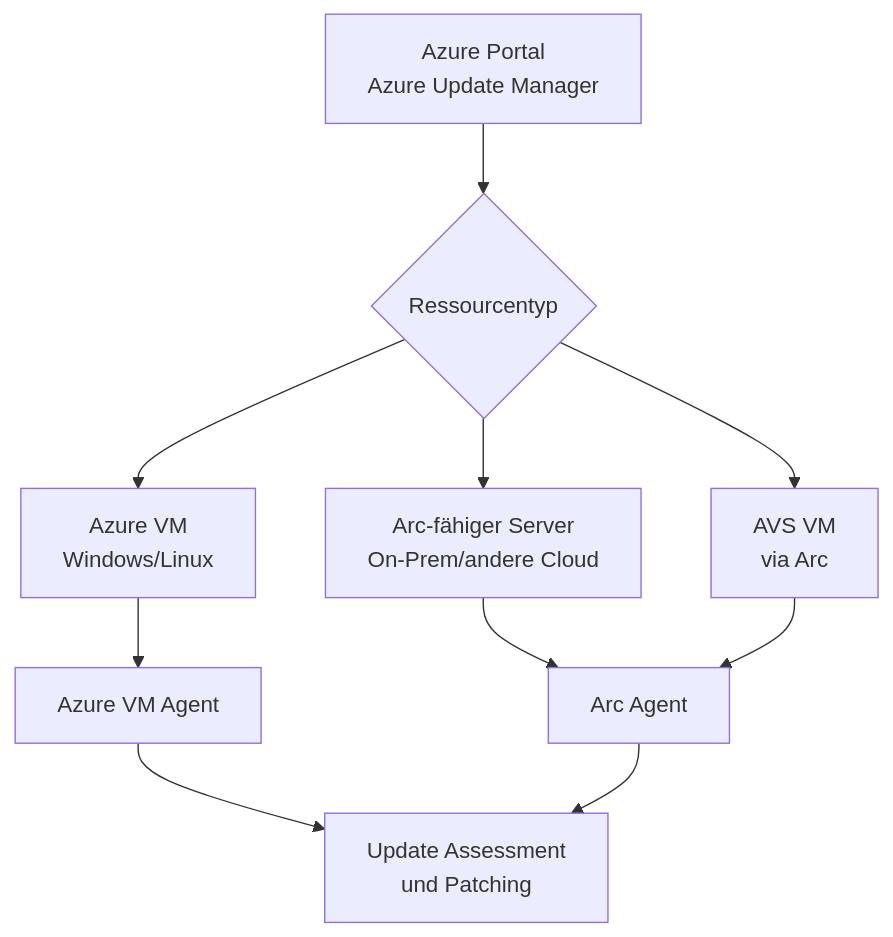
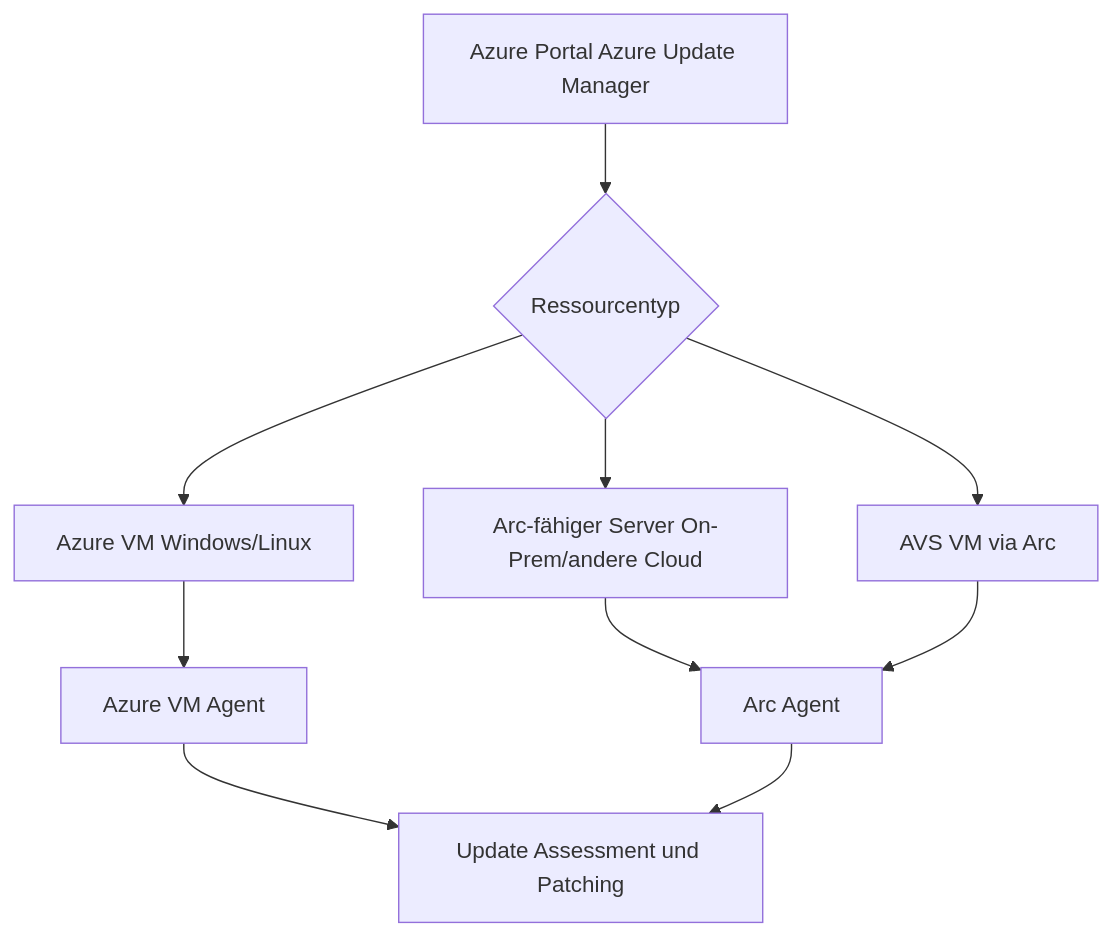
Before and after one commit to SoniiiT/notes-n-docs: the first of 4 diagrams in Microsoft 365/Azure/Monitor und Management/Azure Update Manager.md, drawn with Mermaid. The commit also changed other lines of this file and 124 other files, not shown here.

First line of the commit message:
fix: Entferne \n aus allen Mermaid-Diagrammen (125 Dateien)

````diff
--- a/Microsoft 365/Azure/Monitor und Management/Azure Update Manager.md
+++ b/Microsoft 365/Azure/Monitor und Management/Azure Update Manager.md
@@ -30,12 +30,12 @@
 ```mermaid
 graph TD
-    A[Azure Portal\nAzure Update Manager] --> B{Ressourcentyp}
-    B --> C[Azure VM\nWindows/Linux]
-    B --> D[Arc-fähiger Server\nOn-Prem/andere Cloud]
-    B --> E[AVS VM\nvia Arc]
+    A[Azure Portal Azure Update Manager] --> B{Ressourcentyp}
+    B --> C[Azure VM Windows/Linux]
+    B --> D[Arc-fähiger Server On-Prem/andere Cloud]
+    B --> E[AVS VM via Arc]
     C --> F[Azure VM Agent]
     D --> G[Arc Agent]
     E --> G
-    F --> H[Update Assessment\nund Patching]
+    F --> H[Update Assessment und Patching]
     G --> H
 ```
````
